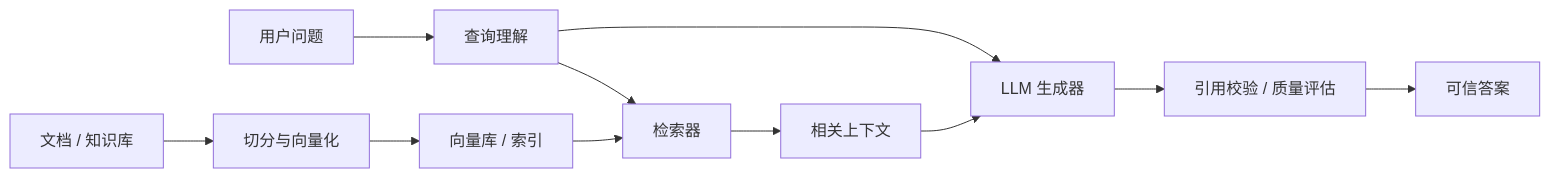
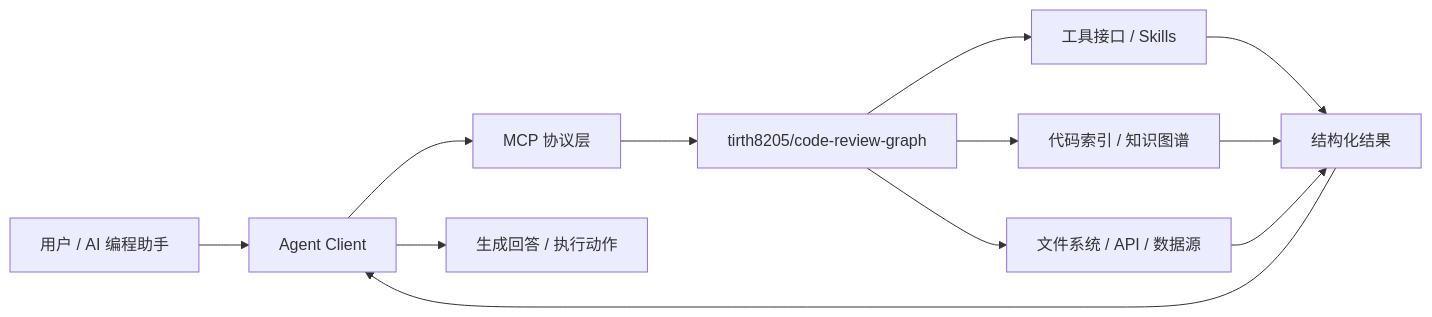
One commit to Lingwangla/github_trend changed the fifth of 5 diagrams in TRENDING.md. Above: the diagram before and after it, drawn with Mermaid. The commit also changed other lines of this file and 2 other files, not shown here.

````diff
--- a/TRENDING.md
+++ b/TRENDING.md
@@ -188,13 +186,14 @@
 ```mermaid
 flowchart LR
-    User[用户问题] --> Query[查询理解]
-    Query --> Retriever[检索器]
-    Docs[文档 / 知识库] --> Chunk[切分与向量化]
-    Chunk --> Store[向量库 / 索引]
-    Store --> Retriever
-    Retriever --> Context[相关上下文]
-    Context --> LLM[LLM 生成器]
-    Query --> LLM
-    LLM --> Eval[引用校验 / 质量评估]
-    Eval --> Answer[可信答案]
+    User[用户 / AI 编程助手] --> Client[Agent Client]
+    Client --> Protocol[MCP 协议层]
+    Protocol --> Server[tirth8205/code-review-graph]
+    Server --> Tools[工具接口 / Skills]
+    Server --> Index[代码索引 / 知识图谱]
+    Server --> Data[文件系统 / API / 数据源]
+    Tools --> Result[结构化结果]
+    Index --> Result
+    Data --> Result
+    Result --> Client
+    Client --> Answer[生成回答 / 执行动作]
 ```
````
